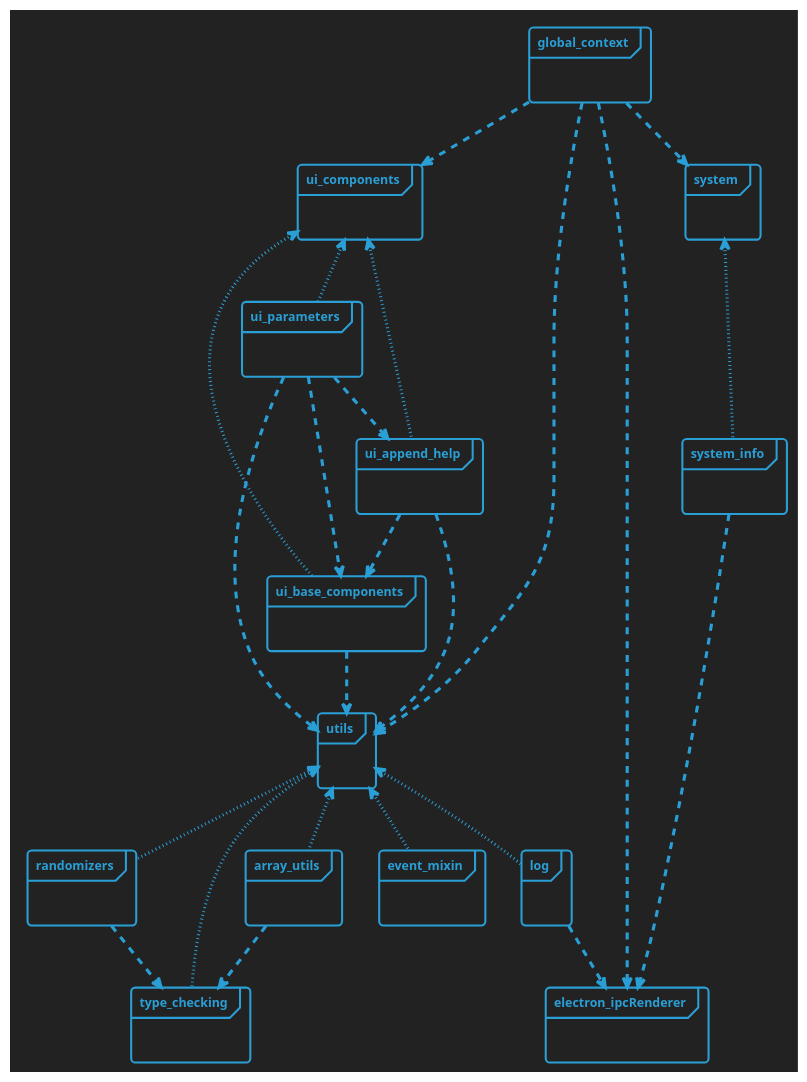
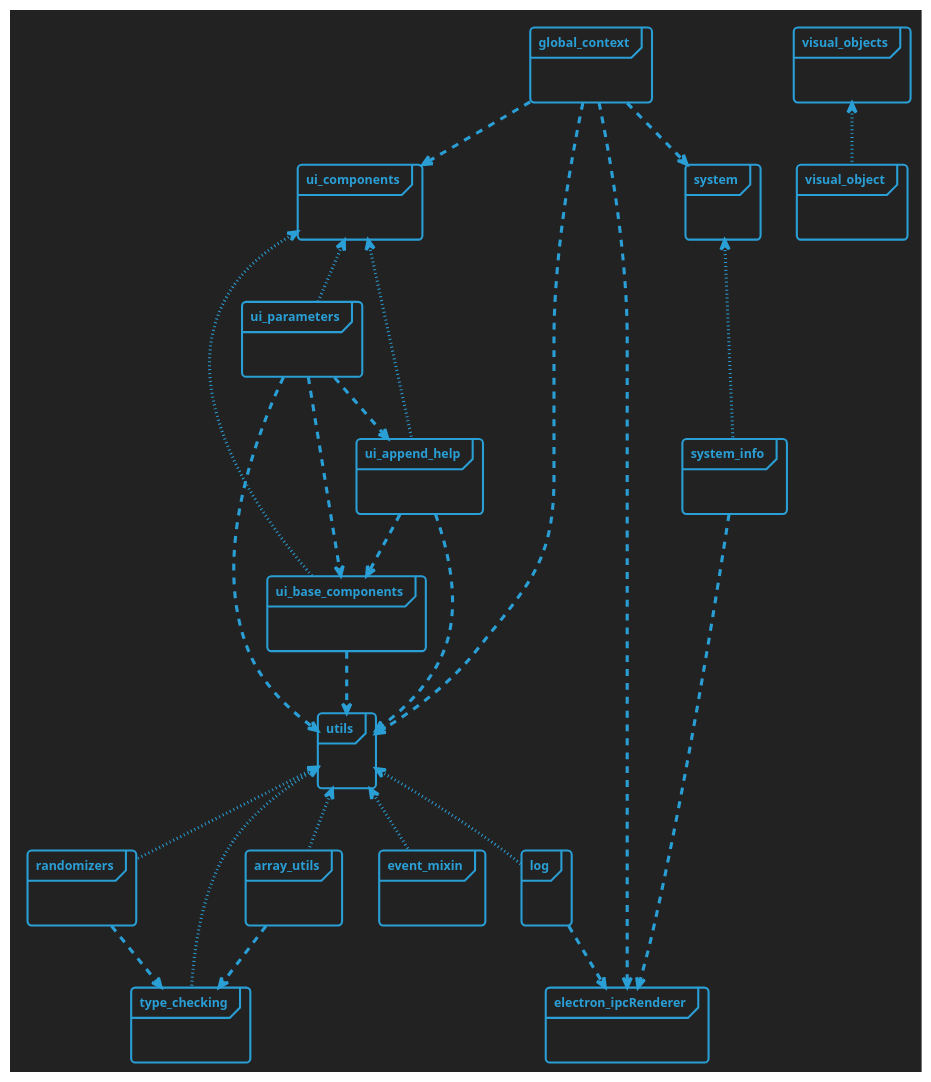
The diagram in docs/modules.plantuml (Picorims/wav2bar), drawn with PlantUML before and after one commit. The commit also changed 6 other files, not shown here.

Commit message:
setup new visual objects creation, registration, deletion. Old objects can't work anymore.

```diff
--- a/docs/modules.plantuml
+++ b/docs/modules.plantuml
@@ -3,59 +3,74 @@
 @startuml "modules
 !theme cyborg-outline
 skinparam BackgroundColor #222222
 skinparam PackageStyle frame
 
 'package: dotted = export, otherwise = import
 
 package "global_context" {}
 global_context ..> utils
 global_context ..> ui_components
 global_context ..> system
 global_context ..> electron_ipcRenderer
 
+
+
+package "electron_ipcRenderer" {}
+
+
+
 package "system" {}
 system <.[dotted]. system_info
 
-package "electron_ipcRenderer" {}
-
 package "system_info" {}
 system_info ..> electron_ipcRenderer
+
+
 
 package "ui_components" {}
 ui_components <.[dotted]. ui_base_components
 ui_components <.[dotted]. ui_parameters
 ui_components <.[dotted]. ui_append_help
 
 package "ui_base_components" {}
 ui_base_components ..> utils
 
 package "ui_parameters" {}
 ui_parameters ..> utils
 ui_parameters ..> ui_base_components
 ui_parameters ..> ui_append_help
 
 package "ui_append_help" {}
 ui_append_help ..> utils
 ui_append_help ..> ui_base_components
+
+
 
 package "utils" {}
 utils <.[dotted]. type_checking
 utils <.[dotted]. randomizers
 utils <.[dotted]. array_utils
 utils <.[dotted]. log
 utils <.[dotted]. event_mixin
 
 package "array_utils" {}
 array_utils ..> type_checking
 
 package "randomizers" {}
 randomizers ..> type_checking
 
 package "type_checking" {}
 
 package "log" {}
 log ..> electron_ipcRenderer
 
 package "event_mixin" {}
 
+
+
+package "visual_objects" {}
+visual_objects <.[dotted]. visual_object
+
+package "visual_object" {}
+
 @enduml
```
